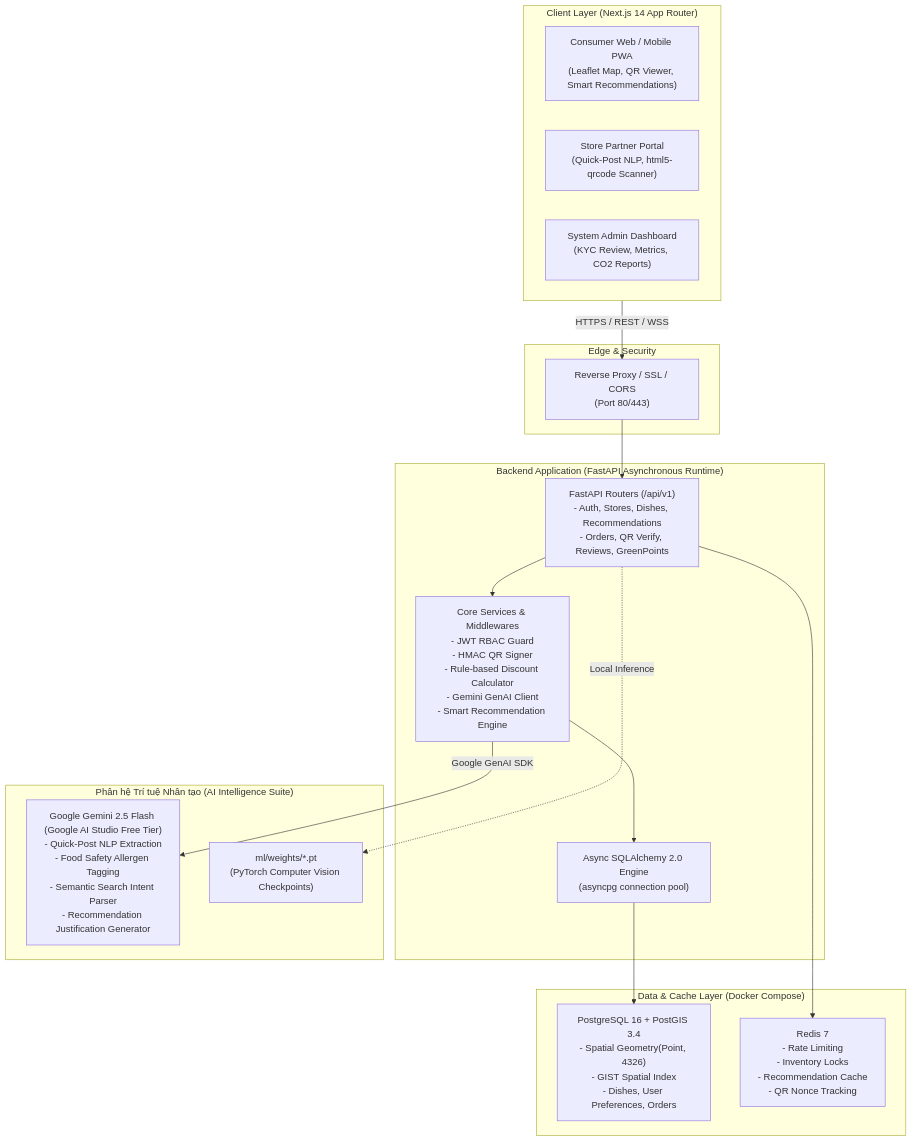
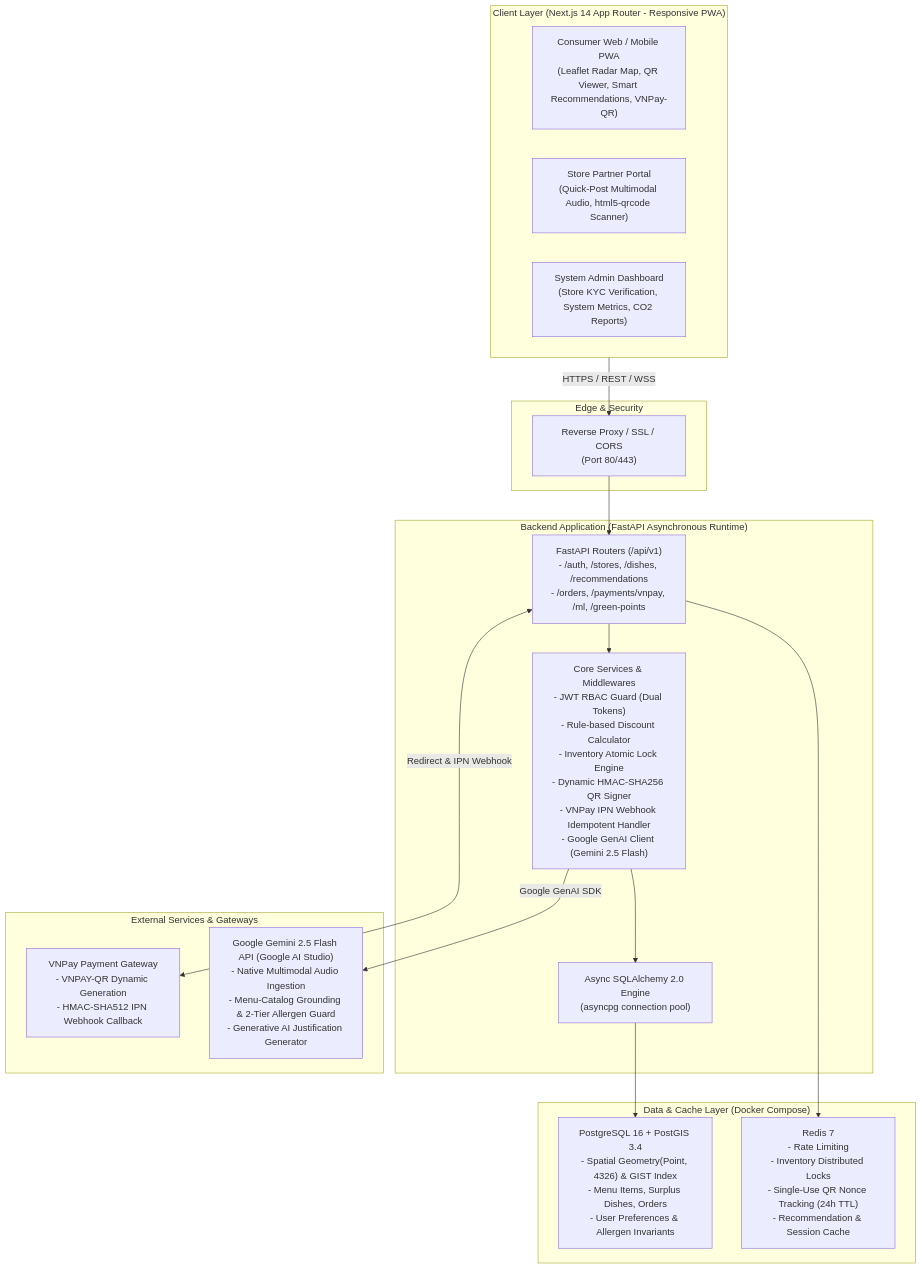
The first of 5 diagrams in docs/02_System_Architecture.md (pqhuy1807/EcoBite), drawn with Mermaid before and after one commit. The commit also changed other lines of this file and 9 other files, not shown here.

````diff
--- a/docs/02_System_Architecture.md
+++ b/docs/02_System_Architecture.md
@@ -13,37 +19,37 @@
 ```mermaid
 flowchart TD
-    subgraph ClientLayer ["Client Layer (Next.js 14 App Router)"]
-        ConsumerApp["Consumer Web / Mobile PWA\n(Leaflet Map, QR Viewer, Smart Recommendations)"]
-        PartnerPortal["Store Partner Portal\n(Quick-Post NLP, html5-qrcode Scanner)"]
-        AdminDashboard["System Admin Dashboard\n(KYC Review, Metrics, CO2 Reports)"]
+    subgraph ClientLayer ["Client Layer (Next.js 14 App Router - Responsive PWA)"]
+        ConsumerApp["Consumer Web / Mobile PWA\n(Leaflet Radar Map, QR Viewer, Smart Recommendations, VNPay-QR)"]
+        PartnerPortal["Store Partner Portal\n(Quick-Post Multimodal Audio, html5-qrcode Scanner)"]
+        AdminDashboard["System Admin Dashboard\n(Store KYC Verification, System Metrics, CO2 Reports)"]
     end
 
     subgraph Gateway ["Edge & Security"]
         NginxGateway["Reverse Proxy / SSL / CORS\n(Port 80/443)"]
     end
 
     subgraph BackendLayer ["Backend Application (FastAPI Asynchronous Runtime)"]
-        APIEndpoints["FastAPI Routers (/api/v1)\n- Auth, Stores, Dishes, Recommendations\n- Orders, QR Verify, Reviews, GreenPoints"]
-        CoreMiddleware["Core Services & Middlewares\n- JWT RBAC Guard\n- HMAC QR Signer\n- Rule-based Discount Calculator\n- Gemini GenAI Client\n- Smart Recommendation Engine"]
+        APIEndpoints["FastAPI Routers (/api/v1)\n- /auth, /stores, /dishes, /recommendations\n- /orders, /payments/vnpay, /ml, /green-points"]
+        CoreMiddleware["Core Services & Middlewares\n- JWT RBAC Guard (Dual Tokens)\n- Rule-based Discount Calculator\n- Inventory Atomic Lock Engine\n- Dynamic HMAC-SHA256 QR Signer\n- VNPay IPN Webhook Idempotent Handler\n- Google GenAI Client (Gemini 2.5 Flash)"]
         DBSession["Async SQLAlchemy 2.0 Engine\n(asyncpg connection pool)"]
     end
 
     subgraph DataLayer ["Data & Cache Layer (Docker Compose)"]
-        PostgreSQL["PostgreSQL 16 + PostGIS 3.4\n- Spatial Geometry(Point, 4326)\n- GIST Spatial Index\n- Dishes, User Preferences, Orders"]
-        RedisStore["Redis 7\n- Rate Limiting\n- Inventory Locks\n- Recommendation Cache\n- QR Nonce Tracking"]
+        PostgreSQL["PostgreSQL 16 + PostGIS 3.4\n- Spatial Geometry(Point, 4326) & GIST Index\n- Menu Items, Surplus Dishes, Orders\n- User Preferences & Allergen Invariants"]
+        RedisStore["Redis 7\n- Rate Limiting\n- Inventory Distributed Locks\n- Single-Use QR Nonce Tracking (24h TTL)\n- Recommendation & Session Cache"]
     end
 
-    subgraph AISuite ["Phân hệ Trí tuệ Nhân tạo (AI Intelligence Suite)"]
-        GeminiNLP["Google Gemini 2.5 Flash (Google AI Studio Free Tier)\n- Quick-Post NLP Extraction\n- Food Safety Allergen Tagging\n- Semantic Search Intent Parser\n- Recommendation Justification Generator"]
-        MLDir["ml/weights/*.pt\n(PyTorch Computer Vision Checkpoints)"]
+    subgraph ExternalServices ["External Services & Gateways"]
+        VNPayGateway["VNPay Payment Gateway\n- VNPAY-QR Dynamic Generation\n- HMAC-SHA512 IPN Webhook Callback"]
+        GeminiNLP["Google Gemini 2.5 Flash API (Google AI Studio)\n- Native Multimodal Audio Ingestion\n- Menu-Catalog Grounding & 2-Tier Allergen Guard\n- Generative AI Justification Generator"]
     end
 
     ClientLayer -->|HTTPS / REST / WSS| NginxGateway
     NginxGateway --> APIEndpoints
     APIEndpoints --> CoreMiddleware
     CoreMiddleware --> DBSession
     DBSession --> PostgreSQL
     APIEndpoints --> RedisStore
     CoreMiddleware -->|Google GenAI SDK| GeminiNLP
-    APIEndpoints -.->|Local Inference| MLDir
+    APIEndpoints <-->|Redirect & IPN Webhook| VNPayGateway
 ```
````
